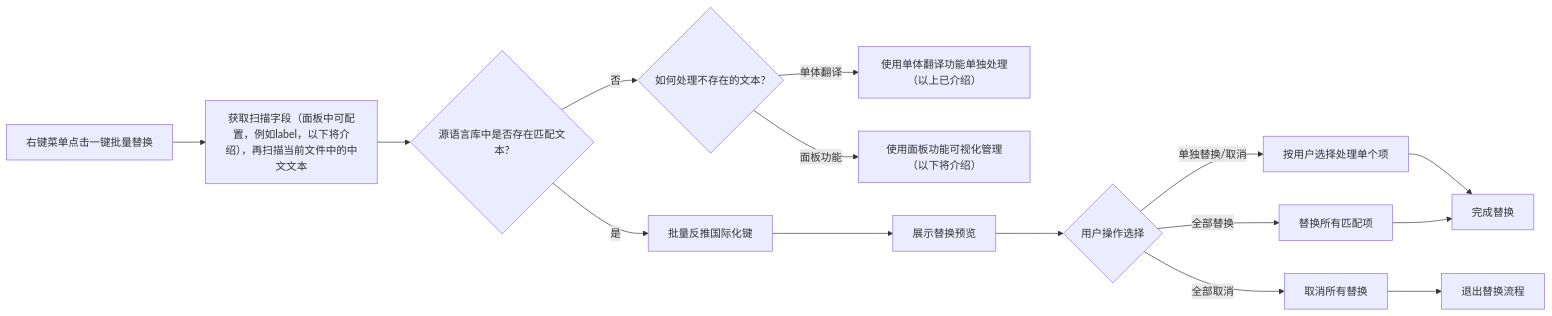
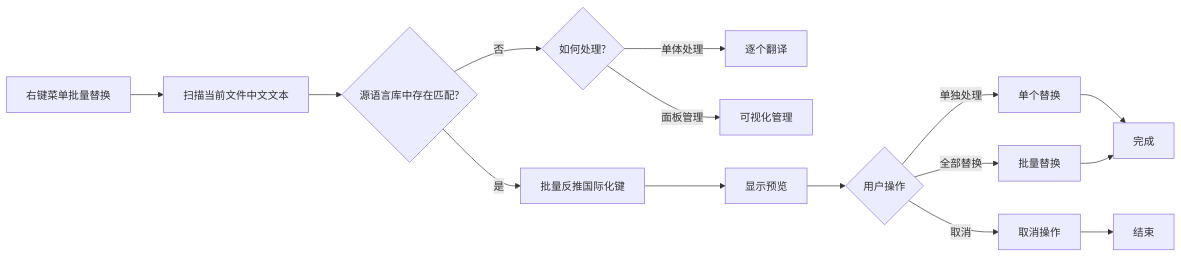
One commit to CHIMOOO/i18n-swapper changed the second of 2 diagrams in README.md. Above: the diagram before and after it, drawn with Mermaid. The commit also changed other lines of this file, not shown here.

````diff
--- a/README.md
+++ b/README.md
@@ -156,17 +141,17 @@
 ```mermaid
 graph LR
-    A[右键菜单点击一键批量替换] --> B[获取扫描字段（面板中可配置，例如label，以下将介绍），再扫描当前文件中的中文文本]
-    B --> C{源语言库中是否存在匹配文本?}
+    A[右键菜单批量替换] --> B[扫描当前文件中文文本]
+    B --> C{源语言库中存在匹配?}
     C -->|是| D[批量反推国际化键]
-    C -->|否| E{如何处理不存在的文本?}
-    E -->|单体翻译| F[使用单体翻译功能单独处理（以上已介绍）]
-    E -->|面板功能| G[使用面板功能可视化管理（以下将介绍）]
-    D --> H[展示替换预览]
-    H --> I{用户操作选择}
-    I -->|单独替换/取消| J[按用户选择处理单个项]
-    I -->|全部替换| K[替换所有匹配项]
-    I -->|全部取消| L[取消所有替换]
-    J --> M[完成替换]
+    C -->|否| E{如何处理?}
+    E -->|单体处理| F[逐个翻译]
+    E -->|面板管理| G[可视化管理]
+    D --> H[显示预览]
+    H --> I{用户操作}
+    I -->|单独处理| J[单个替换]
+    I -->|全部替换| K[批量替换]
+    I -->|取消| L[取消操作]
+    J --> M[完成]
     K --> M
-    L --> N[退出替换流程]
+    L --> N[结束]
 ```
````
